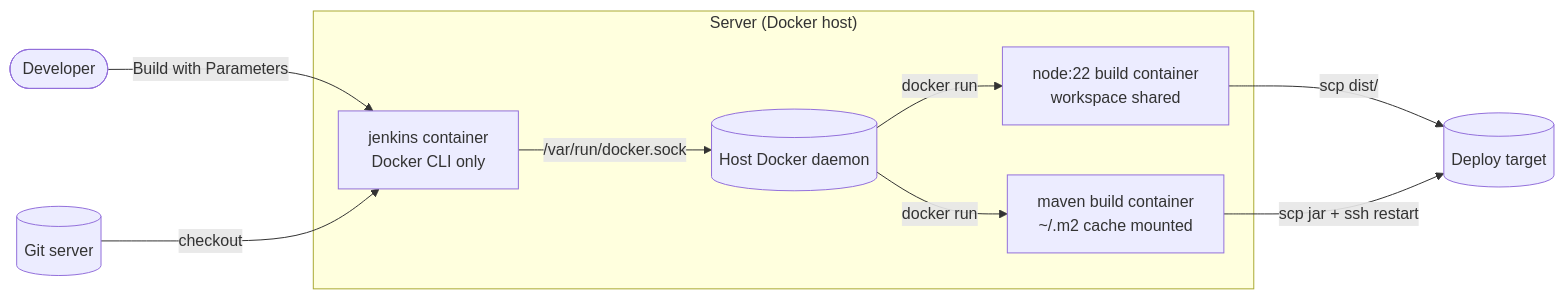
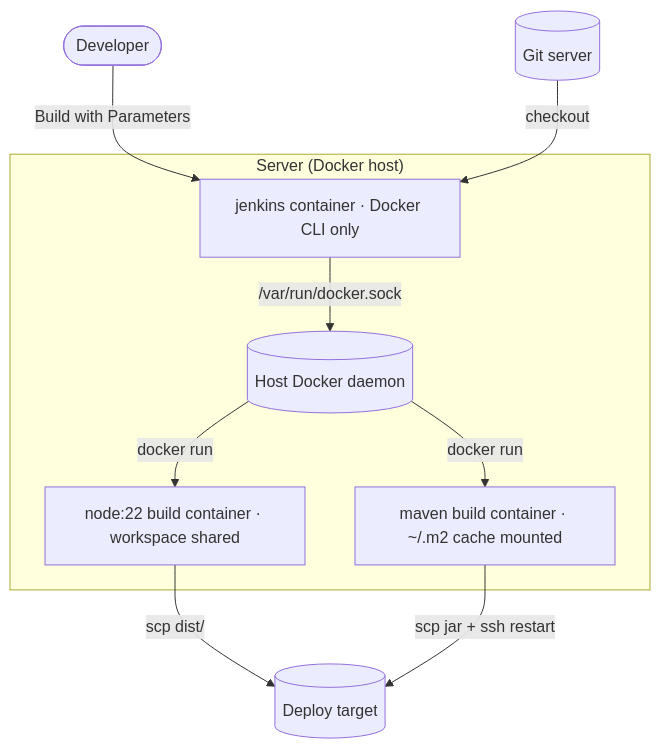
One commit to e-choness/portfolio-site changed the diagram in _posts/2025-07-12-chapter-1-4-docker-jenkins.md. Above: the diagram before and after it, drawn with Mermaid. The commit also changed 22 other files, not shown here.

Commit message:
improve diagram display

````diff
--- a/_posts/2025-07-12-chapter-1-4-docker-jenkins.md
+++ b/_posts/2025-07-12-chapter-1-4-docker-jenkins.md
@@ -22,12 +22,12 @@
 ```mermaid
-flowchart LR
+flowchart TD
   dev([Developer]) -- "Build with Parameters" --> J
+  G[(Git server)] -- checkout --> J
   subgraph Host["Server (Docker host)"]
-    J["jenkins container<br/>Docker CLI only"] -- "/var/run/docker.sock" --> D[(Host Docker daemon)]
-    D -- "docker run" --> N["node:22 build container<br/>workspace shared"]
-    D -- "docker run" --> M["maven build container<br/>~/.m2 cache mounted"]
+    J["jenkins container · Docker CLI only"] -- "/var/run/docker.sock" --> D[(Host Docker daemon)]
+    D -- "docker run" --> N["node:22 build container · workspace shared"]
+    D -- "docker run" --> M["maven build container · ~/.m2 cache mounted"]
   end
-  G[(Git server)] -- checkout --> J
   N -- "scp dist/" --> T[(Deploy target)]
   M -- "scp jar + ssh restart" --> T
 ```
````
